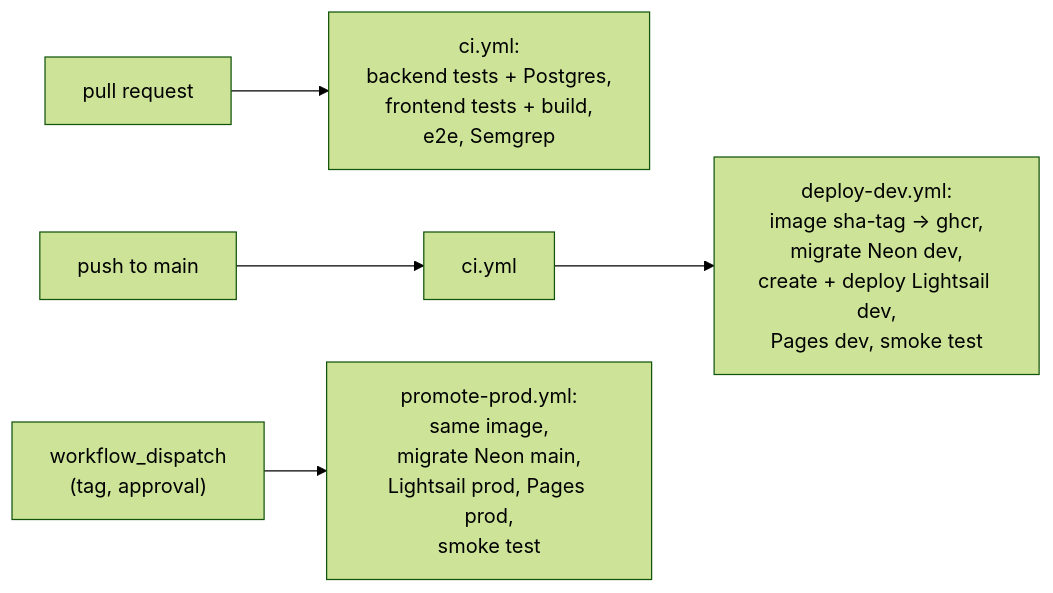
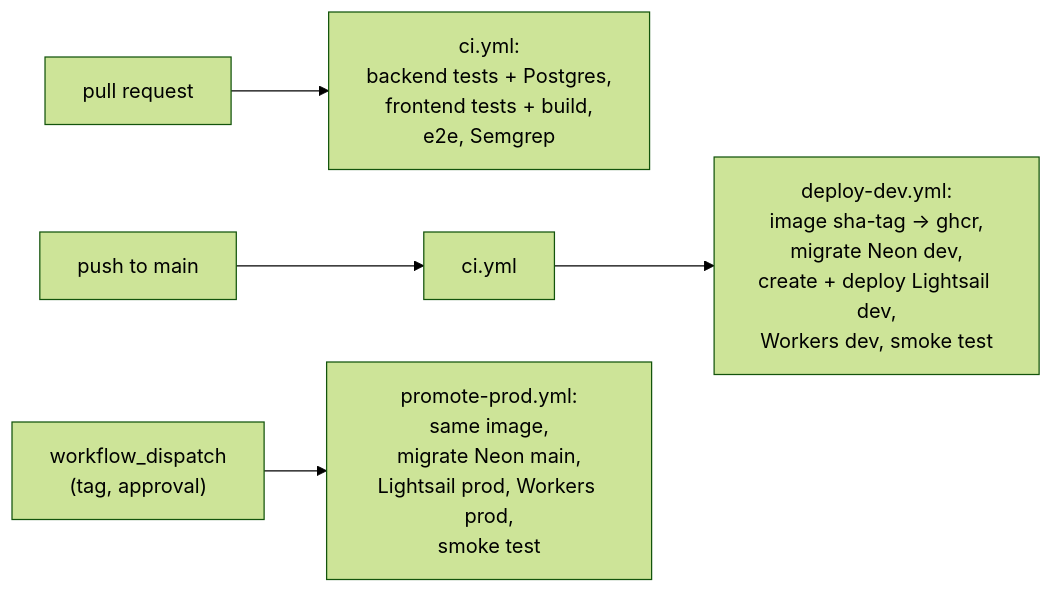
Before and after one commit to vadimvvlasov/anti-scope-creep: the fifth of 5 diagrams in docs/architecture.md, drawn with Mermaid (forest theme). The commit also changed other lines of this file and 5 other files, not shown here.

````diff
--- a/docs/architecture.md
+++ b/docs/architecture.md
@@ -243,6 +243,6 @@
 ```mermaid
 flowchart LR
     PR["pull request"] --> CI["ci.yml:<br/>backend tests + Postgres,<br/>frontend tests + build,<br/>e2e, Semgrep"]
-    M["push to main"] --> CI2["ci.yml"] --> DEV["deploy-dev.yml:<br/>image sha-tag -> ghcr,<br/>migrate Neon dev,<br/>create + deploy Lightsail dev,<br/>Pages dev, smoke test"]
-    WD["workflow_dispatch<br/>(tag, approval)"] --> PROD["promote-prod.yml:<br/>same image,<br/>migrate Neon main,<br/>Lightsail prod, Pages prod,<br/>smoke test"]
+    M["push to main"] --> CI2["ci.yml"] --> DEV["deploy-dev.yml:<br/>image sha-tag -> ghcr,<br/>migrate Neon dev,<br/>create + deploy Lightsail dev,<br/>Workers dev, smoke test"]
+    WD["workflow_dispatch<br/>(tag, approval)"] --> PROD["promote-prod.yml:<br/>same image,<br/>migrate Neon main,<br/>Lightsail prod, Workers prod,<br/>smoke test"]
 ```
````
